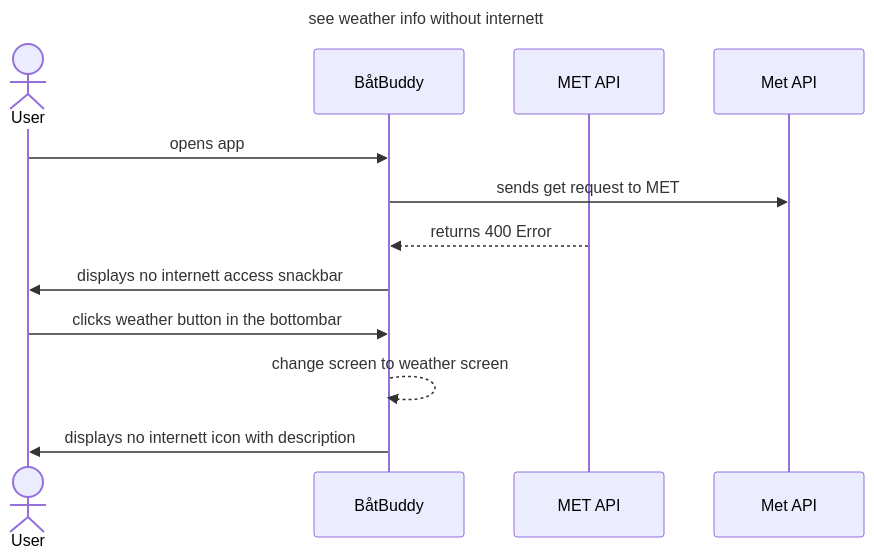
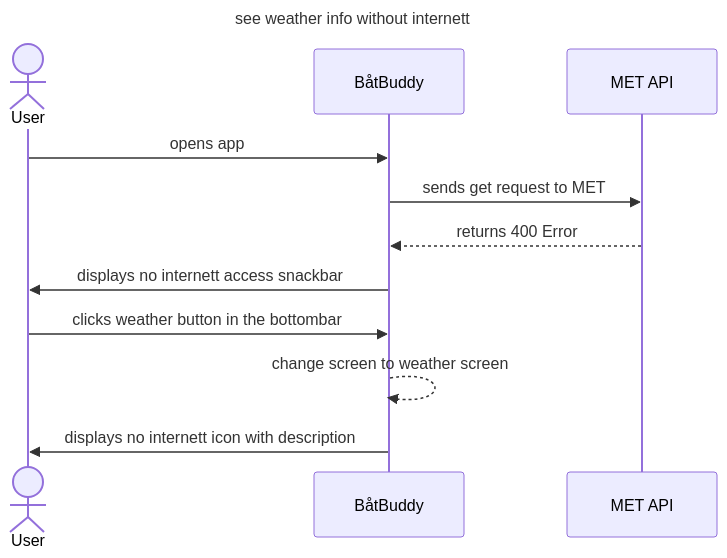
Before and after one commit to BaatBuddy/BaatBuddy: the diagram in diagrams/weatherinfo_for_position.md, drawn with Mermaid. The commit also changed 1 other file, not shown here.

````diff
--- a/diagrams/weatherinfo_for_position.md
+++ b/diagrams/weatherinfo_for_position.md
@@ -12,22 +12,22 @@
 ```mermaid
 ---
 title: see weather info without internett
 ---
 sequenceDiagram
     actor User
     participant BåtBuddy
     participant MET API
 
     User ->> BåtBuddy: opens app
     
-    BåtBuddy ->> Met API: sends get request to MET
+    BåtBuddy ->> MET API: sends get request to MET
     MET API -->> BåtBuddy: returns 400 Error
 
     BåtBuddy ->> User: displays no internett access snackbar
     User ->> BåtBuddy: clicks weather button in the bottombar
 
     BåtBuddy -->> BåtBuddy: change screen to weather screen
 
     BåtBuddy ->> User: displays no internett icon with description
 
 ```
````
